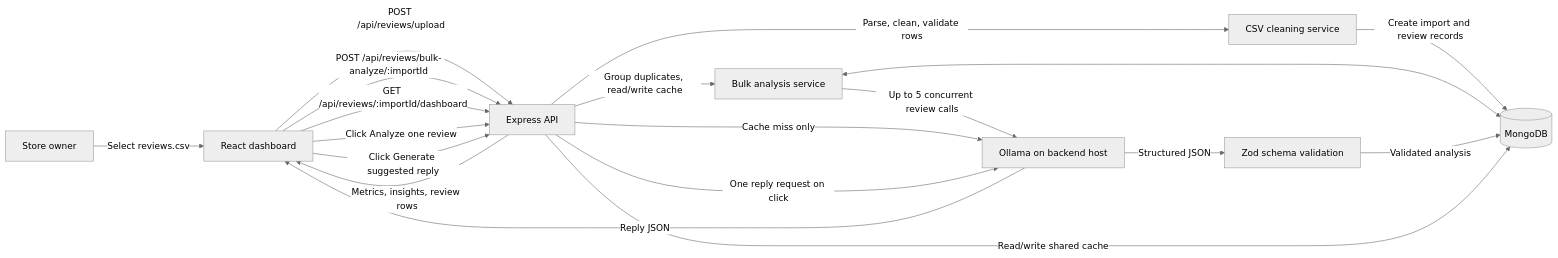
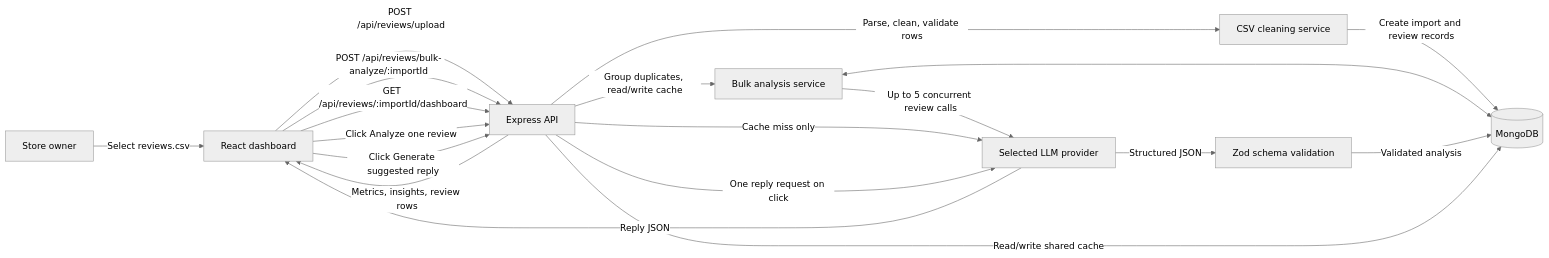
One commit to anuj-yd/ReviewLens changed the first of 2 diagrams in README.md. Above: the diagram before and after it, drawn with Mermaid (neutral theme). The commit also changed other lines of this file and 11 other files, not shown here.

````diff
--- a/README.md
+++ b/README.md
@@ -40,21 +40,21 @@
 ```mermaid
 flowchart LR
     Owner[Store owner] -->|Select reviews.csv| Browser[React dashboard]
     Browser -->|POST /api/reviews/upload| API[Express API]
     API -->|Parse, clean, validate rows| Cleaner[CSV cleaning service]
     Cleaner -->|Create import and review records| Mongo[(MongoDB)]
     Browser -->|POST /api/reviews/bulk-analyze/:importId| API
     API -->|Group duplicates, read/write cache| Analyzer[Bulk analysis service]
     Analyzer <--> Mongo
-    Analyzer -->|Up to 5 concurrent review calls| LLM[Ollama on backend host]
+    Analyzer -->|Up to 5 concurrent review calls| LLM[Selected LLM provider]
     LLM -->|Structured JSON| Validator[Zod schema validation]
     Validator -->|Validated analysis| Mongo
     Browser -->|GET /api/reviews/:importId/dashboard| API
     API -->|Metrics, insights, review rows| Browser
     Browser -->|Click Analyze one review| API
     API -->|Read/write shared cache| Mongo
     API -->|Cache miss only| LLM
     Browser -->|Click Generate suggested reply| API
     API -->|One reply request on click| LLM
     LLM -->|Reply JSON| Browser
 ```
````
